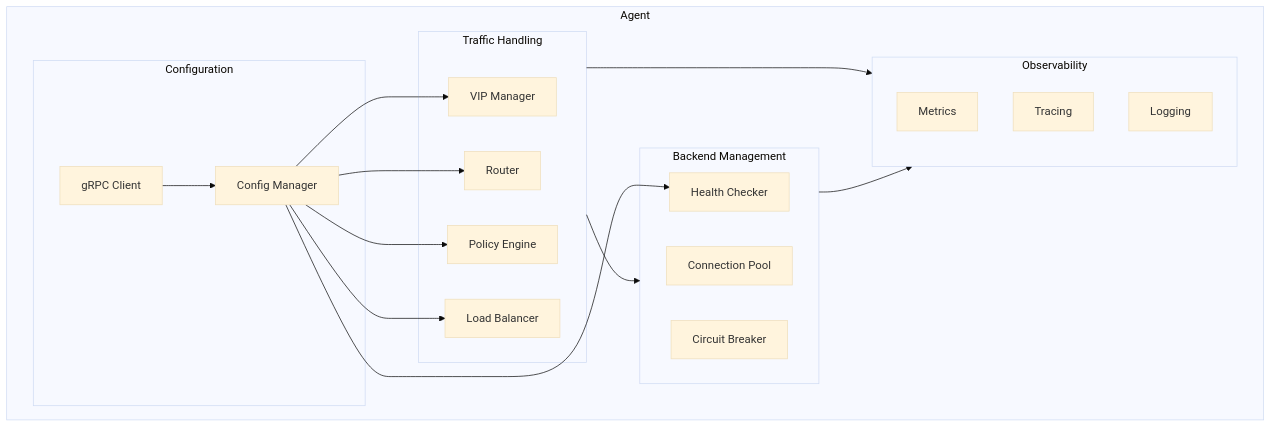
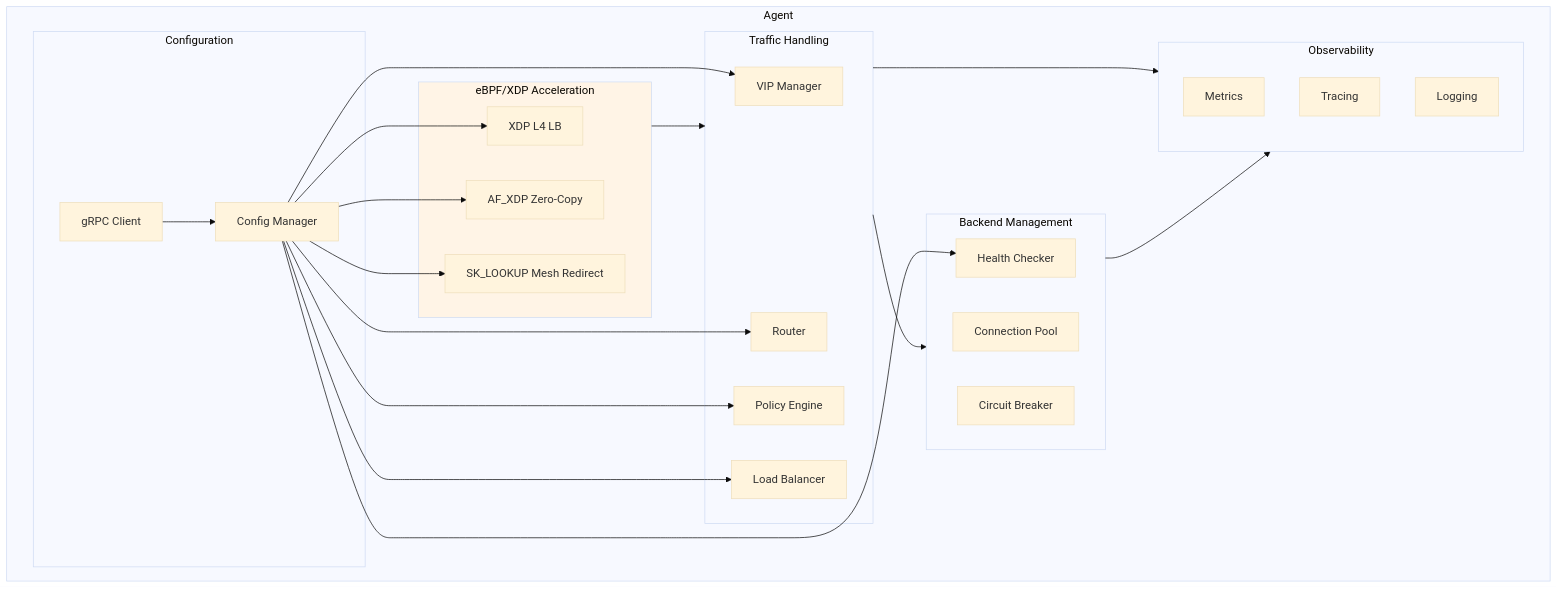
The fifth of 15 diagrams in docs/architecture/components.md (azrtydxb/novaedge), drawn with Mermaid (base theme) before and after one commit. The commit also changed other lines of this file and 6 other files, not shown here.

First line of the commit message:
[Docs] Update all documentation for eBPF/XDP acceleration features

````diff
--- a/docs/architecture/components.md
+++ b/docs/architecture/components.md
@@ -186,35 +186,44 @@
 ```mermaid
 flowchart TB
     subgraph Agent["Agent"]
         subgraph Config["Configuration"]
             GC["gRPC Client"]
             CM["Config Manager"]
+        end
+
+        subgraph eBPFAccel["eBPF/XDP Acceleration"]
+            XDP["XDP L4 LB"]
+            AFXDP["AF_XDP Zero-Copy"]
+            SKLOOKUP["SK_LOOKUP Mesh Redirect"]
         end
 
         subgraph Traffic["Traffic Handling"]
             VIP["VIP Manager"]
             RT["Router"]
             POL["Policy Engine"]
             LB["Load Balancer"]
         end
 
         subgraph Backend["Backend Management"]
             HC["Health Checker"]
             POOL["Connection Pool"]
             CB["Circuit Breaker"]
         end
 
         subgraph Observability["Observability"]
             MET["Metrics"]
             TRC["Tracing"]
             LOG["Logging"]
         end
     end
 
     GC --> CM
-    CM --> VIP & RT & POL & LB & HC
+    CM --> VIP & RT & POL & LB & HC & XDP & AFXDP & SKLOOKUP
 
+    eBPFAccel --> Traffic
     Traffic --> Backend
     Traffic --> Observability
     Backend --> Observability
+
+    style eBPFAccel fill:#fff4e6
 ```
````
